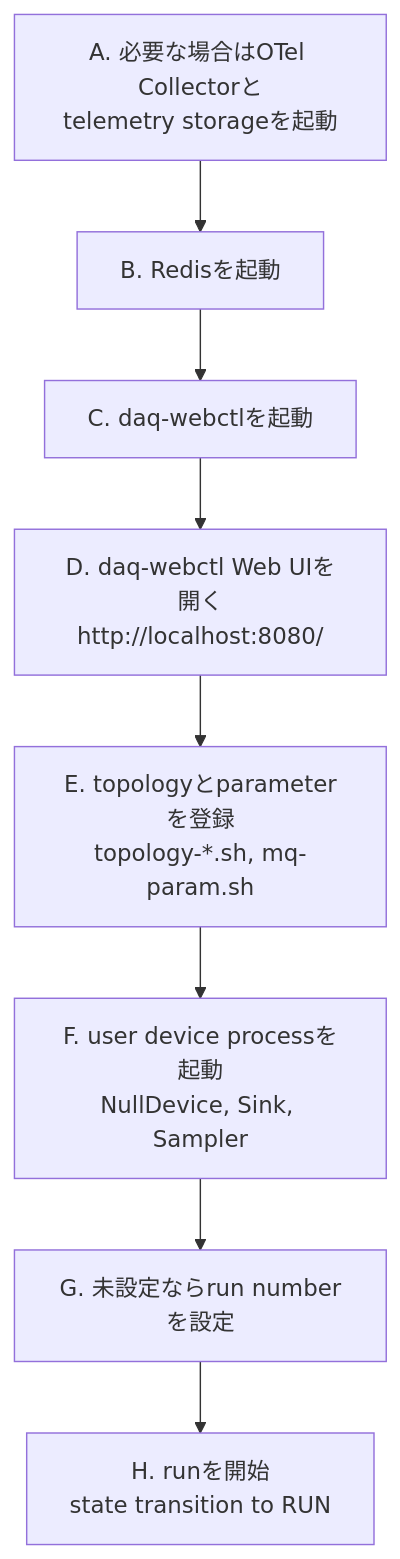
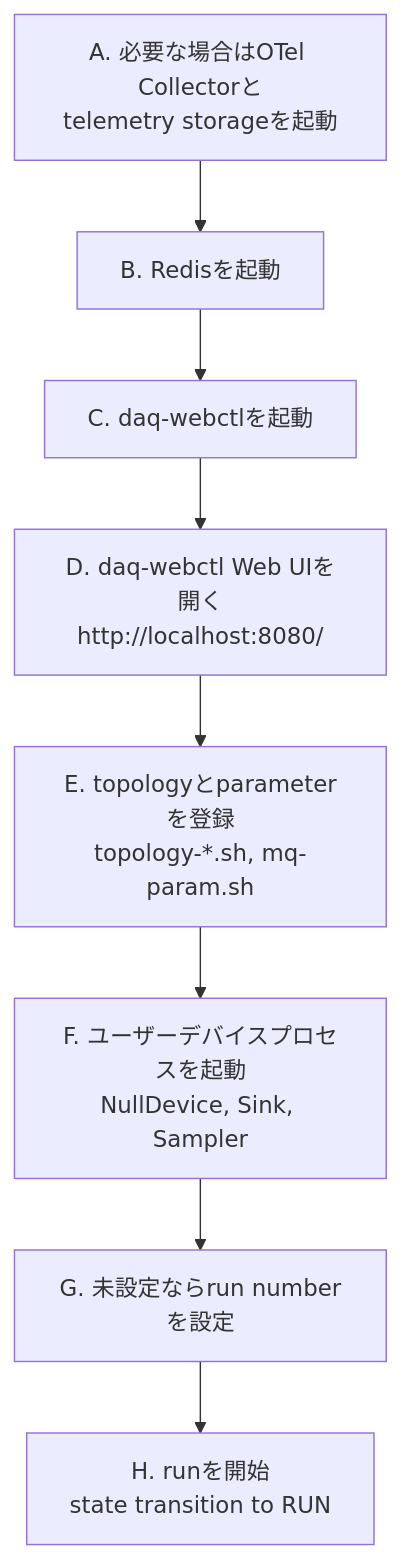
One commit to tntakahashi/nestdaq changed the first of 3 diagrams in examples/README.ja.md. Above: the diagram before and after it, drawn with Mermaid. The commit also changed other lines of this file and 15 other files, not shown here.

````diff
--- a/examples/README.ja.md
+++ b/examples/README.ja.md
@@ -71,14 +71,14 @@
 ```mermaid
 flowchart TD
   Otel[A. 必要な場合はOTel Collectorと<br/>telemetry storageを起動]
   Redis[B. Redisを起動]
   WebCtl[C. daq-webctlを起動]
   Browser[D. daq-webctl Web UIを開く<br/>http://localhost:8080/]
   Config[E. topologyとparameterを登録<br/>topology-*.sh, mq-param.sh]
-  UserDevices[F. user device processを起動<br/>NullDevice, Sink, Sampler]
+  UserDevices[F. ユーザーデバイスプロセスを起動<br/>NullDevice, Sink, Sampler]
   RunNumber[G. 未設定ならrun numberを設定]
   StartRun[H. runを開始<br/>state transition to RUN]
 
   Otel --> Redis --> WebCtl --> Browser --> Config --> UserDevices --> RunNumber
   RunNumber --> StartRun
 ```
````
